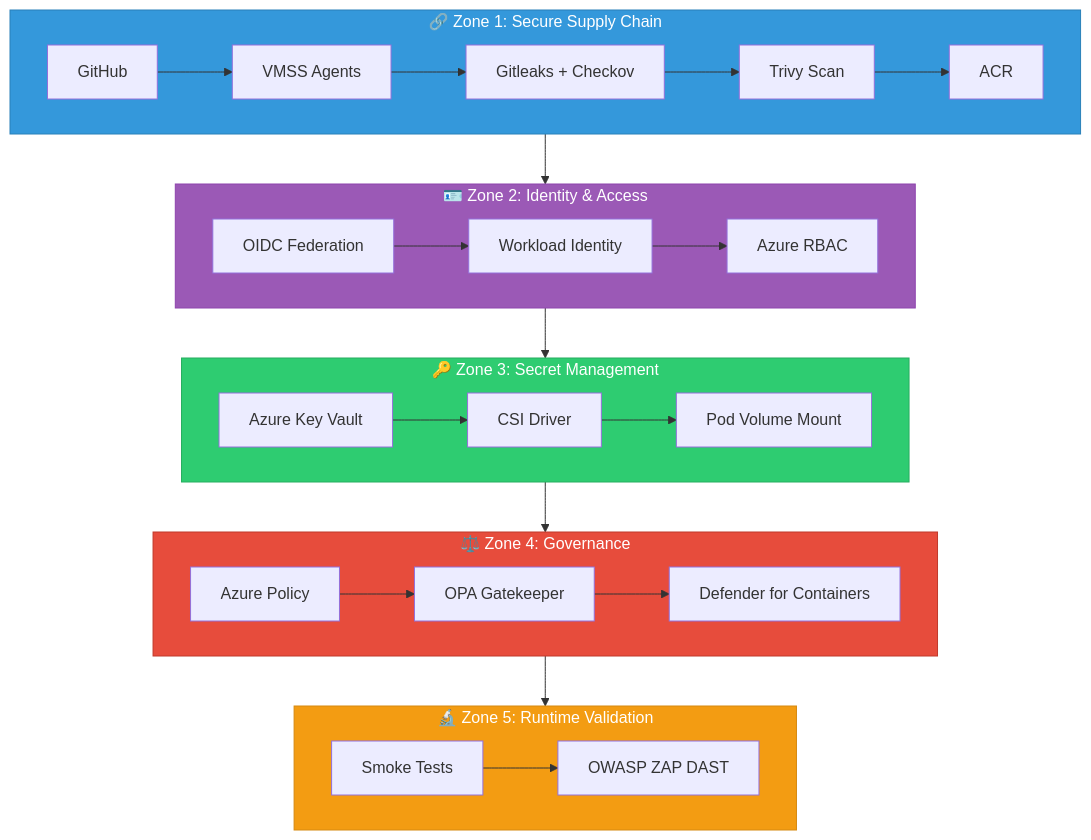
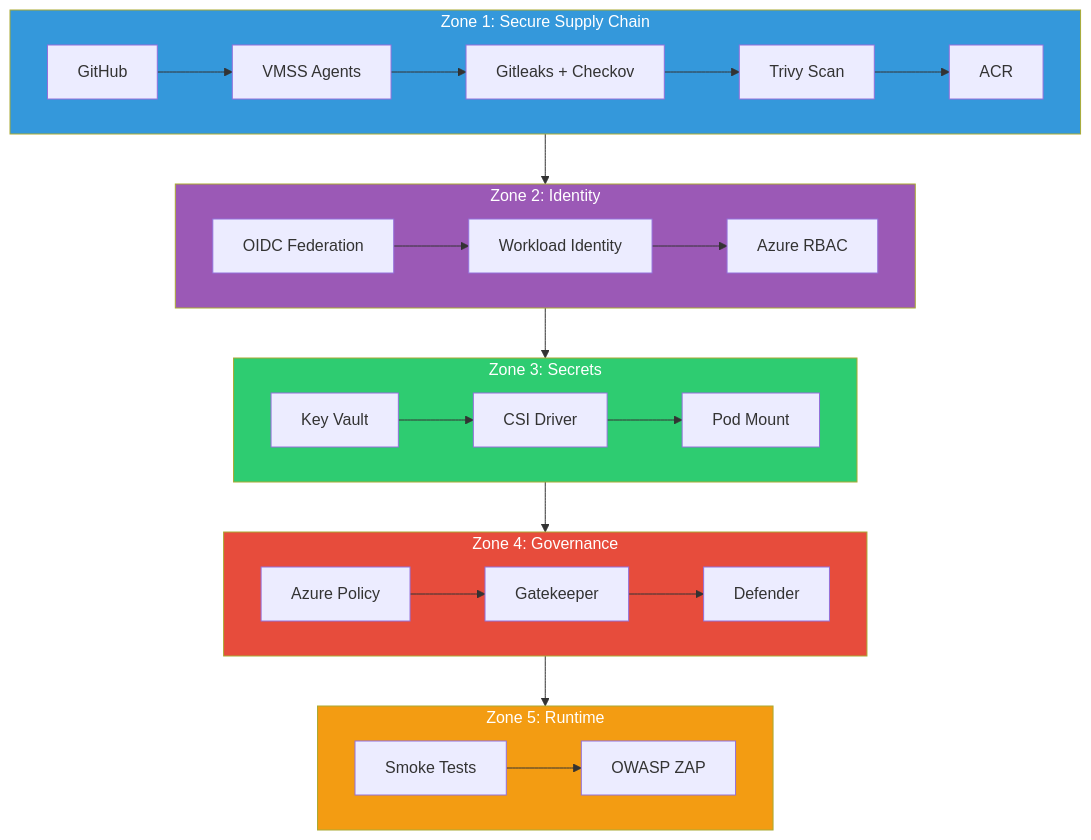
One commit to Shrinet82/zero-trust-devsecops changed the second of 3 diagrams in README.md. Above: the diagram before and after it, drawn with Mermaid. The commit also changed other lines of this file, not shown here.

Commit message:
fix: Simplify Mermaid diagrams for GitHub rendering

````diff
--- a/README.md
+++ b/README.md
@@ -80,36 +75,36 @@
 ```mermaid
 graph TB
-    subgraph Z1["🔗 Zone 1: Secure Supply Chain"]
+    subgraph Z1["Zone 1: Secure Supply Chain"]
         Z1A[GitHub] --> Z1B[VMSS Agents]
         Z1B --> Z1C[Gitleaks + Checkov]
         Z1C --> Z1D[Trivy Scan]
         Z1D --> Z1E[ACR]
     end
 
-    subgraph Z2["🪪 Zone 2: Identity & Access"]
+    subgraph Z2["Zone 2: Identity"]
         Z2A[OIDC Federation] --> Z2B[Workload Identity]
         Z2B --> Z2C[Azure RBAC]
     end
 
-    subgraph Z3["🔑 Zone 3: Secret Management"]
-        Z3A[Azure Key Vault] --> Z3B[CSI Driver]
-        Z3B --> Z3C[Pod Volume Mount]
+    subgraph Z3["Zone 3: Secrets"]
+        Z3A[Key Vault] --> Z3B[CSI Driver]
+        Z3B --> Z3C[Pod Mount]
     end
 
-    subgraph Z4["⚖️ Zone 4: Governance"]
-        Z4A[Azure Policy] --> Z4B[OPA Gatekeeper]
-        Z4B --> Z4C[Defender for Containers]
+    subgraph Z4["Zone 4: Governance"]
+        Z4A[Azure Policy] --> Z4B[Gatekeeper]
+        Z4B --> Z4C[Defender]
     end
 
-    subgraph Z5["🔬 Zone 5: Runtime Validation"]
-        Z5A[Smoke Tests] --> Z5B[OWASP ZAP DAST]
+    subgraph Z5["Zone 5: Runtime"]
+        Z5A[Smoke Tests] --> Z5B[OWASP ZAP]
     end
 
     Z1 --> Z2 --> Z3 --> Z4 --> Z5
 
-    style Z1 fill:#3498db,stroke:#2980b9,color:#fff
-    style Z2 fill:#9b59b6,stroke:#8e44ad,color:#fff
-    style Z3 fill:#2ecc71,stroke:#27ae60,color:#fff
-    style Z4 fill:#e74c3c,stroke:#c0392b,color:#fff
-    style Z5 fill:#f39c12,stroke:#d68910,color:#fff
+    style Z1 fill:#3498db,color:#fff
+    style Z2 fill:#9b59b6,color:#fff
+    style Z3 fill:#2ecc71,color:#fff
+    style Z4 fill:#e74c3c,color:#fff
+    style Z5 fill:#f39c12,color:#fff
 ```
````
